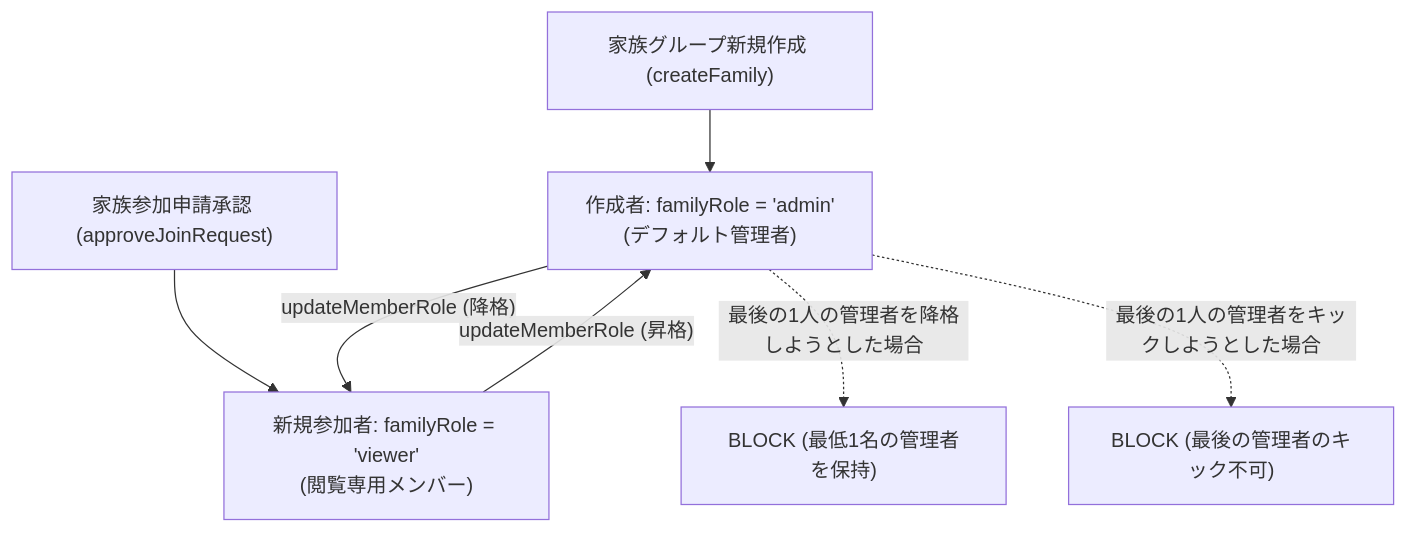
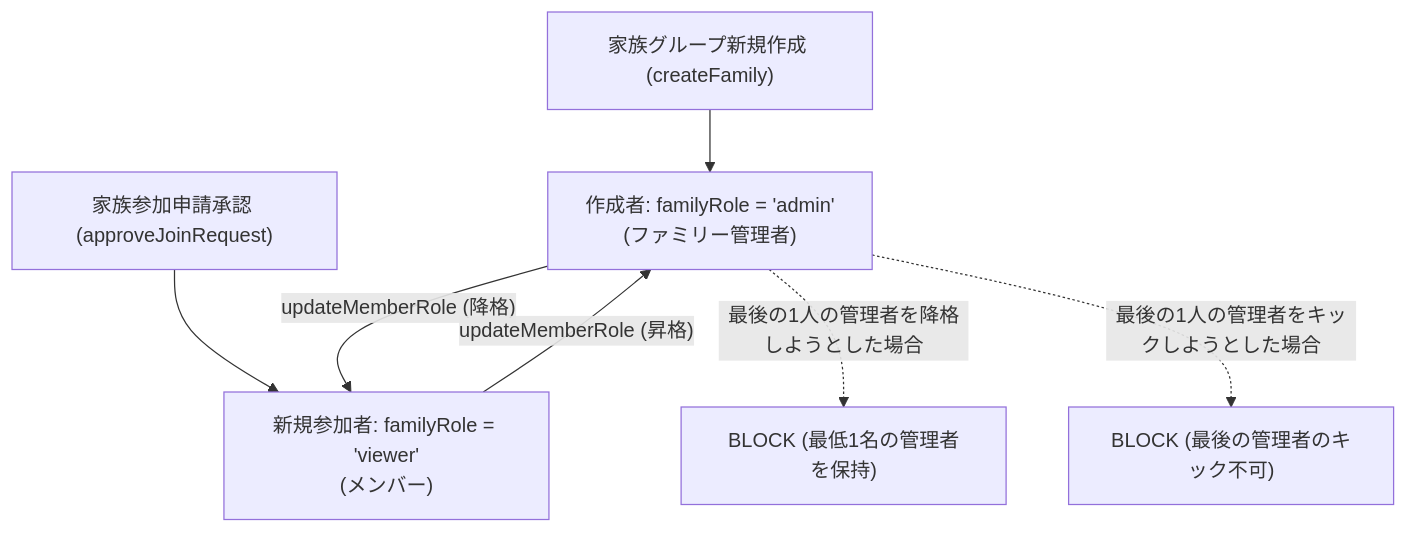
Before and after one commit to luthpg/poohma: the seventh of 7 diagrams in .ai/domain.md, drawn with Mermaid. The commit also changed other lines of this file and 15 other files, not shown here.

First line of the commit message:
﻿refactor(family): 「ファミリー管理者」への呼称統一と参加申請通知の管理者限定化

````diff
--- a/.ai/domain.md
+++ b/.ai/domain.md
@@ -139,11 +139,11 @@
 ```mermaid
 flowchart TD
-    CreateFam["家族グループ新規作成 (createFamily)"] --> AdminRole["作成者: familyRole = 'admin'<br/>(デフォルト管理者)"]
-    JoinFam["家族参加申請承認 (approveJoinRequest)"] --> ViewerRole["新規参加者: familyRole = 'viewer'<br/>(閲覧専用メンバー)"]
+    CreateFam["家族グループ新規作成 (createFamily)"] --> AdminRole["作成者: familyRole = 'admin'<br/>(ファミリー管理者)"]
+    JoinFam["家族参加申請承認 (approveJoinRequest)"] --> ViewerRole["新規参加者: familyRole = 'viewer'<br/>(メンバー)"]
     
     AdminRole -->|"updateMemberRole (降格)"| ViewerRole
     ViewerRole -->|"updateMemberRole (昇格)"| AdminRole
     
     AdminRole -.->|"最後の1人の管理者を降格しようとした場合"| BlockDemote["BLOCK (最低1名の管理者を保持)"]
     AdminRole -.->|"最後の1人の管理者をキックしようとした場合"| BlockKick["BLOCK (最後の管理者のキック不可)"]
 ```
````
